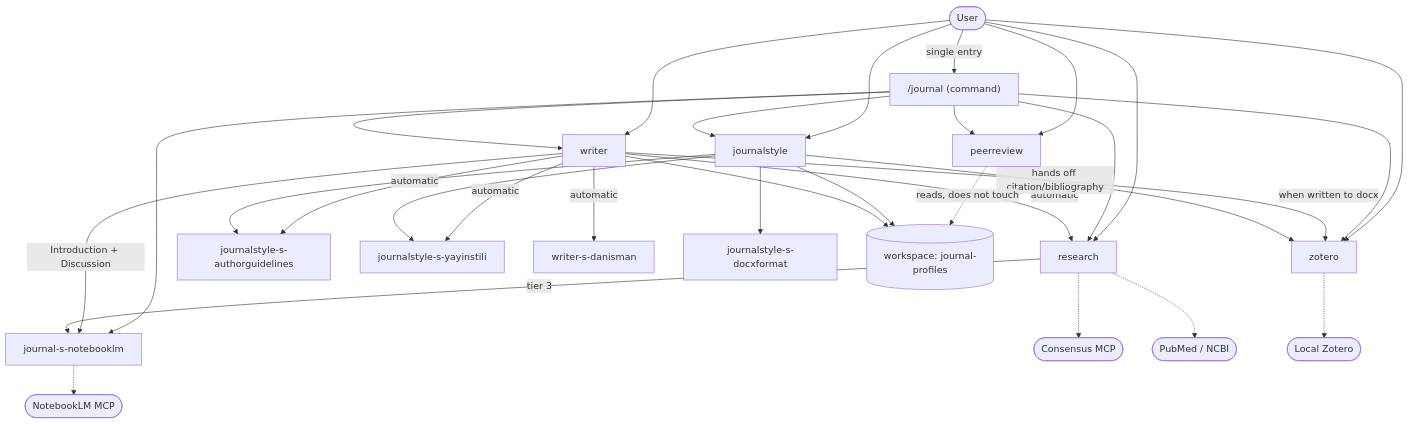
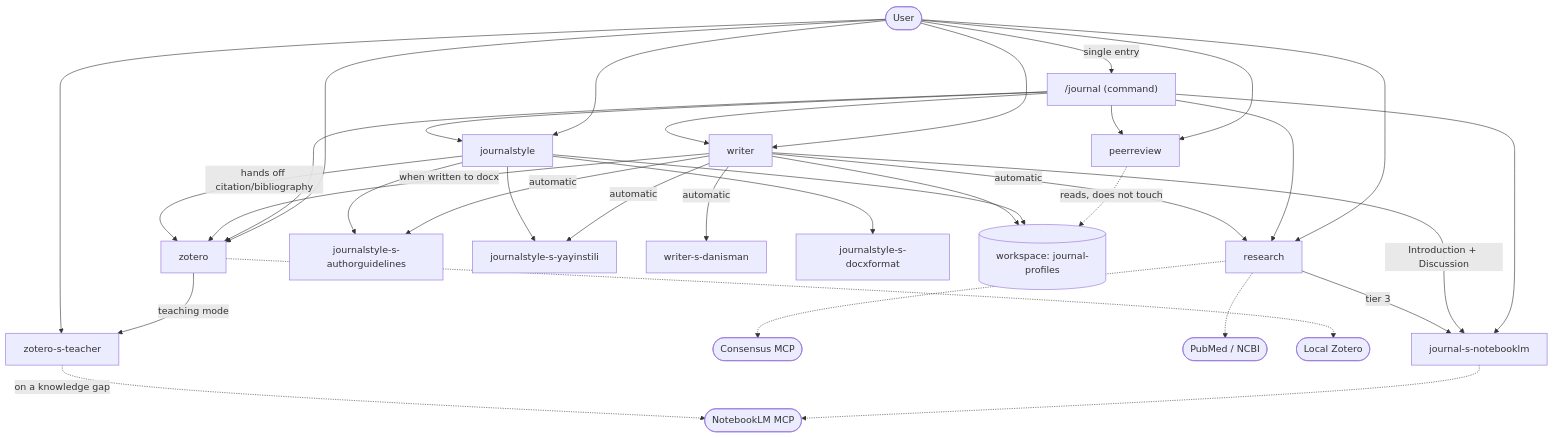
The diagram in CLAUDE.md (onurdavutdag/plugin-journal), drawn with Mermaid before and after one commit. The commit also changed other lines of this file and 15 other files, not shown here.

First line of the commit message:
feat: zotero-s-teacher ajanı + 6 öğretici referans — zotero skill iki modlu — 20260725 2152

````diff
--- a/CLAUDE.md
+++ b/CLAUDE.md
@@ -246,38 +276,42 @@
 ```mermaid
 flowchart TD
     U([User]) --> W[writer]
     U --> J[journalstyle]
     U --> R[research]
     U --> Z[zotero]
     U --> P[peerreview]
 
     U -->|single entry| C["/journal (command)"]
     C --> W
     C --> J
     C --> R
     C --> Z
     C --> P
     C --> NLMA
 
     W -->|automatic| R
     W -->|automatic| AG[journalstyle-s-authorguidelines]
     W -->|automatic| YS[journalstyle-s-yayinstili]
     W -->|automatic| DAN[writer-s-danisman]
     W -->|when written to docx| Z
     W -->|Introduction + Discussion| NLMA[journal-s-notebooklm]
     NLMA -.-> NLM([NotebookLM MCP])
 
     J --> AG
     J --> YS
     J --> DF[journalstyle-s-docxformat]
     J -->|hands off citation/bibliography| Z
 
     P -.->|reads, does not touch| PROF[(workspace: journal-profiles)]
     J --> PROF
     W --> PROF
 
     R -->|tier 3| NLMA
     R -.-> CONS([Consensus MCP])
     R -.-> PUB([PubMed / NCBI])
     Z -.-> ZOT([Local Zotero])
+
+    Z -->|teaching mode| ZT[zotero-s-teacher]
+    U --> ZT
+    ZT -.->|on a knowledge gap| NLM
 ```
````
